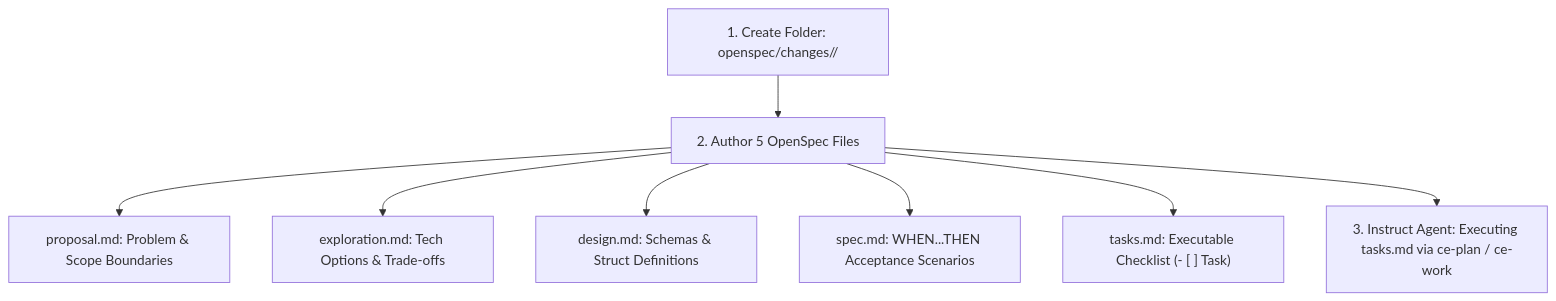
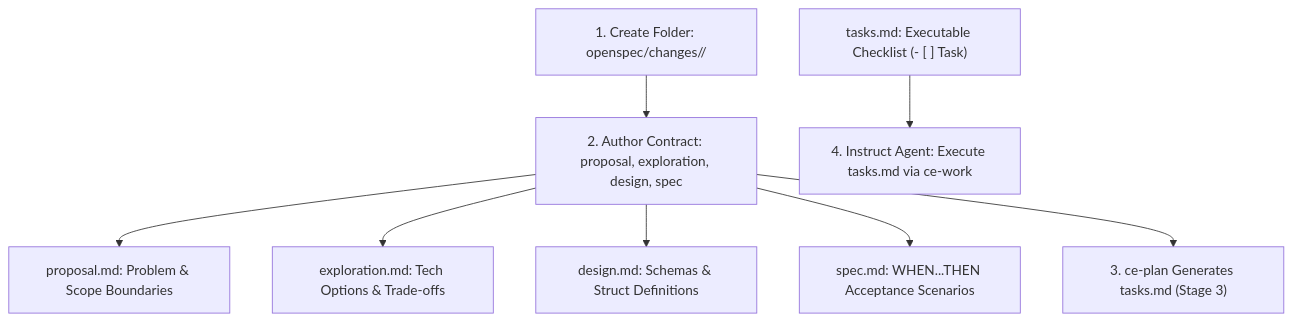
Before and after one commit to mastepanoski/ce-ai: the eighth of 9 diagrams in docs/user-guide/quick-start-workflow-guide.md, drawn with Mermaid. The commit also changed other lines of this file and 4 other files, not shown here.

Commit message:
docs(user-guide): align all guides on progressive openspec lifecycle (ce-plan generates tasks.md)

````diff
--- a/docs/user-guide/quick-start-workflow-guide.md
+++ b/docs/user-guide/quick-start-workflow-guide.md
@@ -288,11 +287,11 @@
 ```mermaid
 flowchart TD
-    DIR["1. Create Folder: openspec/changes/<feature_name>/"] --> FILES["2. Author 5 OpenSpec Files"]
+    DIR["1. Create Folder: openspec/changes/<feature_name>/"] --> FILES["2. Author Contract: proposal, exploration, design, spec"]
     FILES --> PROP["proposal.md: Problem & Scope Boundaries"]
     FILES --> EXPL["exploration.md: Tech Options & Trade-offs"]
     FILES --> DES["design.md: Schemas & Struct Definitions"]
     FILES --> SPEC["spec.md: WHEN...THEN Acceptance Scenarios"]
-    FILES --> TASK["tasks.md: Executable Checklist (- [ ] Task)"]
 
-    FILES --> INSTRUCT["3. Instruct Agent: Executing tasks.md via ce-plan / ce-work"]
+    FILES --> PLAN["3. ce-plan Generates tasks.md (Stage 3)"]
+    TASK["tasks.md: Executable Checklist (- [ ] Task)"] --> INSTRUCT["4. Instruct Agent: Execute tasks.md via ce-work"]
 ```
````
